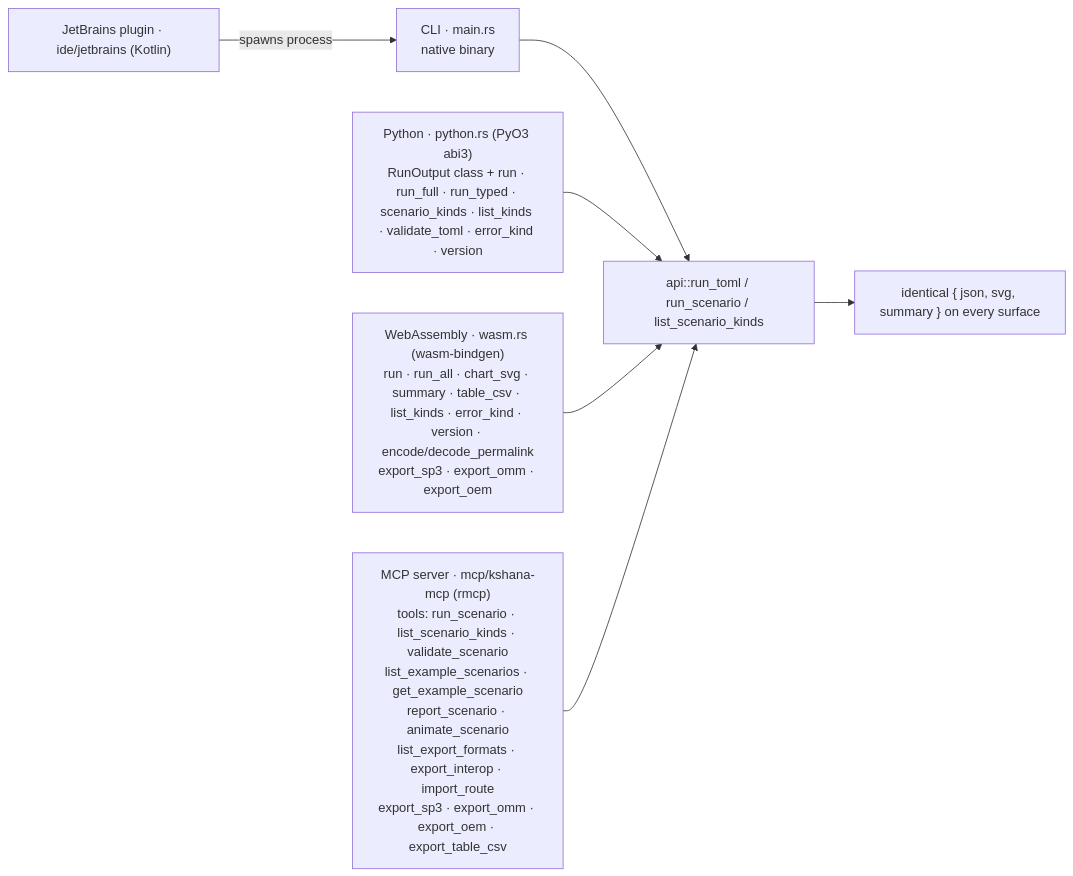
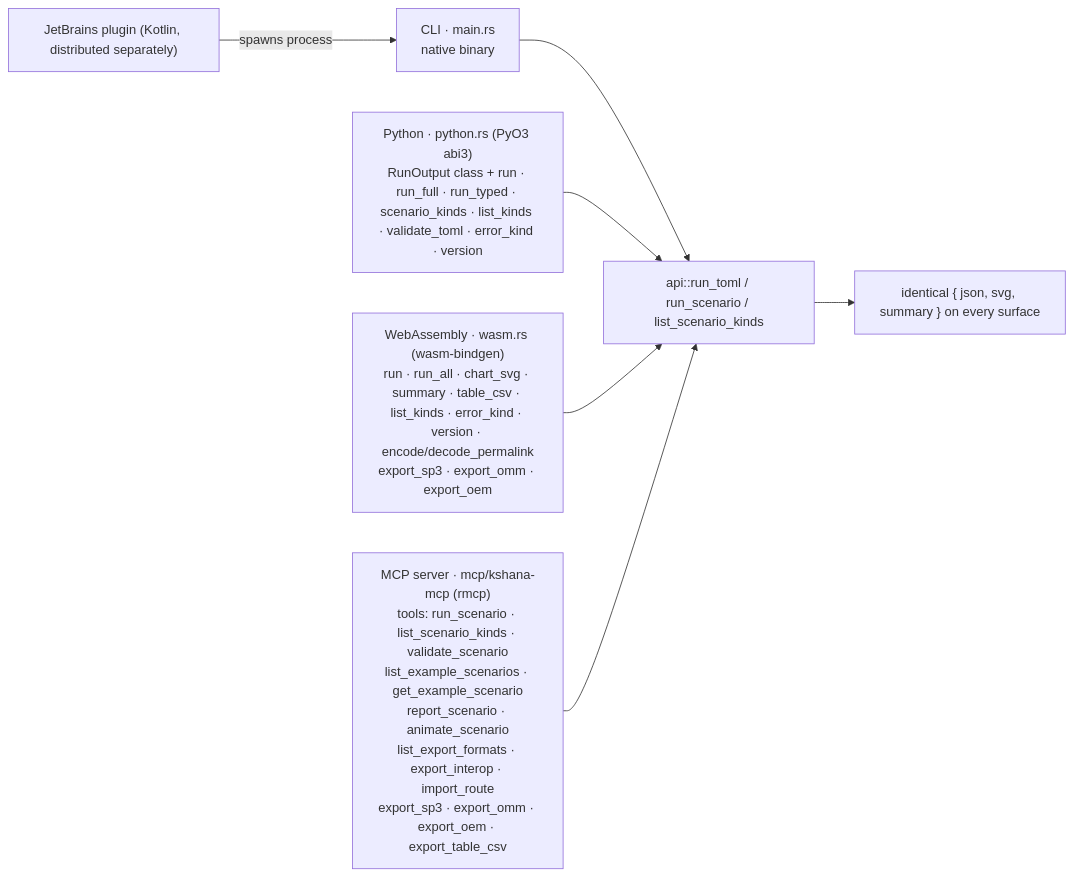
Diagram 12 of 12 in docs/ARCHITECTURE.md (ashfordeOU/kshana), drawn with Mermaid before and after one commit. The commit also changed other lines of this file and 189 other files, not shown here.

First line of the commit message:
Move Kshana Desktop and the JetBrains plugin out of the open repository

````diff
--- a/docs/ARCHITECTURE.md
+++ b/docs/ARCHITECTURE.md
@@ -701,9 +701,9 @@
 ```mermaid
 flowchart LR
     cli["CLI · main.rs<br/>native binary"] --> api
     py["Python · python.rs (PyO3 abi3)<br/>RunOutput class + run · run_full · run_typed · scenario_kinds · list_kinds · validate_toml · error_kind · version"] --> api
     wasm["WebAssembly · wasm.rs (wasm-bindgen)<br/>run · run_all · chart_svg · summary · table_csv · list_kinds · error_kind · version · encode/decode_permalink<br/>export_sp3 · export_omm · export_oem"] --> api
     mcp["MCP server · mcp/kshana-mcp (rmcp)<br/>tools: run_scenario · list_scenario_kinds · validate_scenario<br/>list_example_scenarios · get_example_scenario<br/>report_scenario · animate_scenario<br/>list_export_formats · export_interop · import_route<br/>export_sp3 · export_omm · export_oem · export_table_csv"] --> api
-    ide["JetBrains plugin · ide/jetbrains (Kotlin)"] -- spawns process --> cli
+    ide["JetBrains plugin (Kotlin, distributed separately)"] -- spawns process --> cli
     api["api::run_toml / run_scenario / list_scenario_kinds"] --> out["identical { json, svg, summary } on every surface"]
 ```
````
